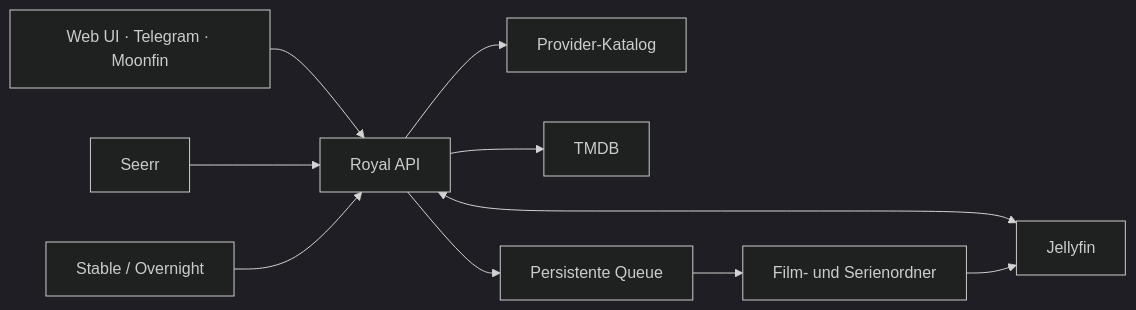
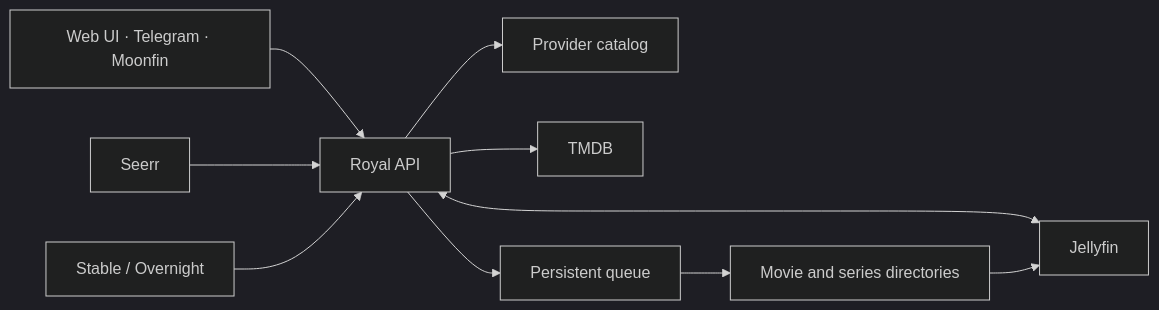
One commit to TimeLance89/RoyalDownloader changed the diagram in README.md. Above: the diagram before and after it, drawn with Mermaid (dark theme). The commit also changed other lines of this file, not shown here.

````diff
--- a/README.md
+++ b/README.md
@@ -221,12 +233,12 @@
 ```mermaid
 flowchart LR
     CLIENTS["Web UI · Telegram · Moonfin"] --> API["Royal API"]
-    API --> CATALOG["Provider-Katalog"]
+    API --> CATALOG["Provider catalog"]
     API --> TMDB["TMDB"]
     API <--> JELLYFIN["Jellyfin"]
-    API --> QUEUE["Persistente Queue"]
-    QUEUE --> MEDIA["Film- und Serienordner"]
+    API --> QUEUE["Persistent queue"]
+    QUEUE --> MEDIA["Movie and series directories"]
     MEDIA --> JELLYFIN
     SEERR["Seerr"] --> API
     UPDATE["Stable / Overnight"] --> API
 ```
````
